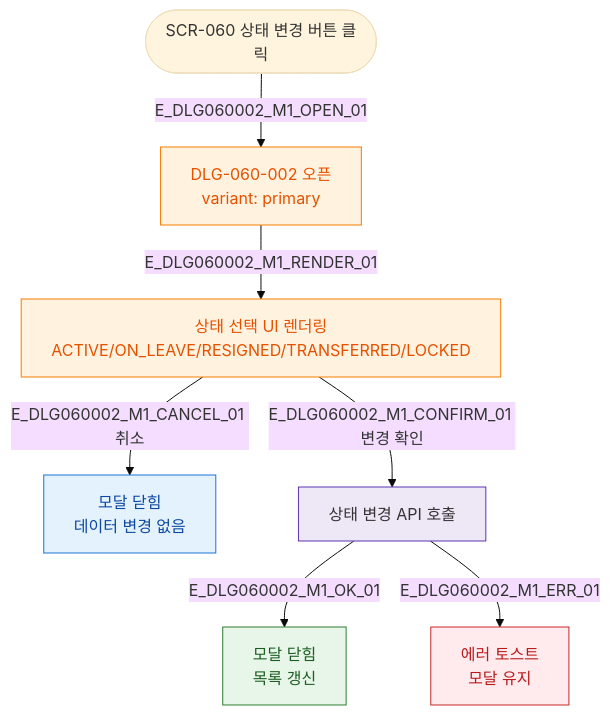
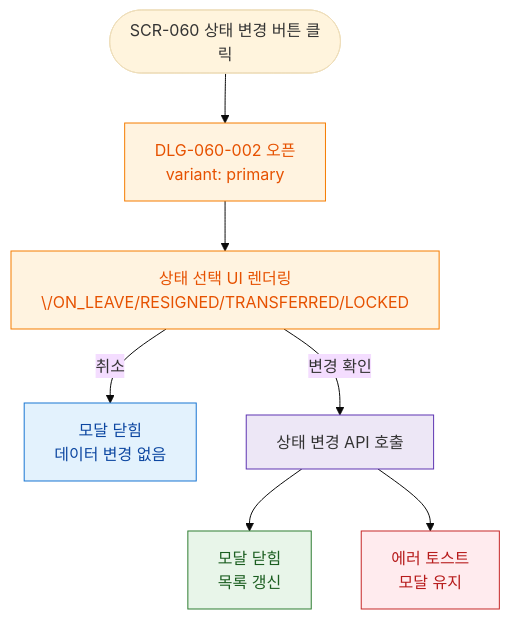
The diagram in docs/다이어그램/D07_직원관리/DLG/DLG-060-002/M1_모달생명주기.md (dev-spogym/admin-pando), drawn with Mermaid (base theme) before and after one commit. The commit also changed other lines of this file and 1660 other files, not shown here.

First line of the commit message:
다이어그램: 기획자/클라이언트 납품본으로 정리

````diff
--- a/docs/다이어그램/D07_직원관리/DLG/DLG-060-002/M1_모달생명주기.md
+++ b/docs/다이어그램/D07_직원관리/DLG/DLG-060-002/M1_모달생명주기.md
@@ -14,25 +12,25 @@
 ```mermaid
 flowchart TD
   TRIGGER([SCR-060 상태 변경 버튼 클릭])
-  TRIGGER -->|E_DLG060002_M1_OPEN_01| OPEN[DLG-060-002 오픈\nvariant: primary]
+  TRIGGER --> OPEN[DLG-060-002 오픈\nvariant: primary]
 
-  OPEN -->|E_DLG060002_M1_RENDER_01| RENDER[상태 선택 UI 렌더링\nACTIVE/ON_LEAVE/RESIGNED/TRANSFERRED/LOCKED]
+  OPEN --> RENDER[상태 선택 UI 렌더링\/ON_LEAVE/RESIGNED/TRANSFERRED/LOCKED]
 
-  RENDER -->|E_DLG060002_M1_CANCEL_01 취소| CLOSE_CANCEL[모달 닫힘\n데이터 변경 없음]
-  RENDER -->|E_DLG060002_M1_CONFIRM_01 변경 확인| SUBMIT[상태 변경 API 호출]
+  RENDER -->|취소|CLOSE_CANCEL[모달 닫힘\n데이터 변경 없음]
+  RENDER -->|변경 확인|SUBMIT[상태 변경 API 호출]
 
-  SUBMIT -->|E_DLG060002_M1_OK_01| CLOSE_OK[모달 닫힘\n목록 갱신]
-  SUBMIT -->|E_DLG060002_M1_ERR_01| ERR[에러 토스트\n모달 유지]
+  SUBMIT --> CLOSE_OK[모달 닫힘\n목록 갱신]
+  SUBMIT --> ERR[에러 토스트\n모달 유지]
 
-  classDef screen  fill:#E3F2FD,stroke:#1976D2,color:#0D47A1
-  classDef modal   fill:#FFF3E0,stroke:#F57C00,color:#E65100
+  classDef screen fill:#E3F2FD,stroke:#1976D2,color:#0D47A1
+  classDef modal fill:#FFF3E0,stroke:#F57C00,color:#E65100
   classDef success fill:#E8F5E9,stroke:#2E7D32,color:#1B5E20
-  classDef error   fill:#FFEBEE,stroke:#C62828,color:#B71C1C
-  classDef system  fill:#EDE7F6,stroke:#5E35B2
+  classDef error fill:#FFEBEE,stroke:#C62828,color:#B71C1C
+  classDef system fill:#EDE7F6,stroke:#5E35B2
 
   class OPEN,RENDER modal
   class CLOSE_OK success
   class ERR error
   class SUBMIT system
   class CLOSE_CANCEL screen
 ```
````
